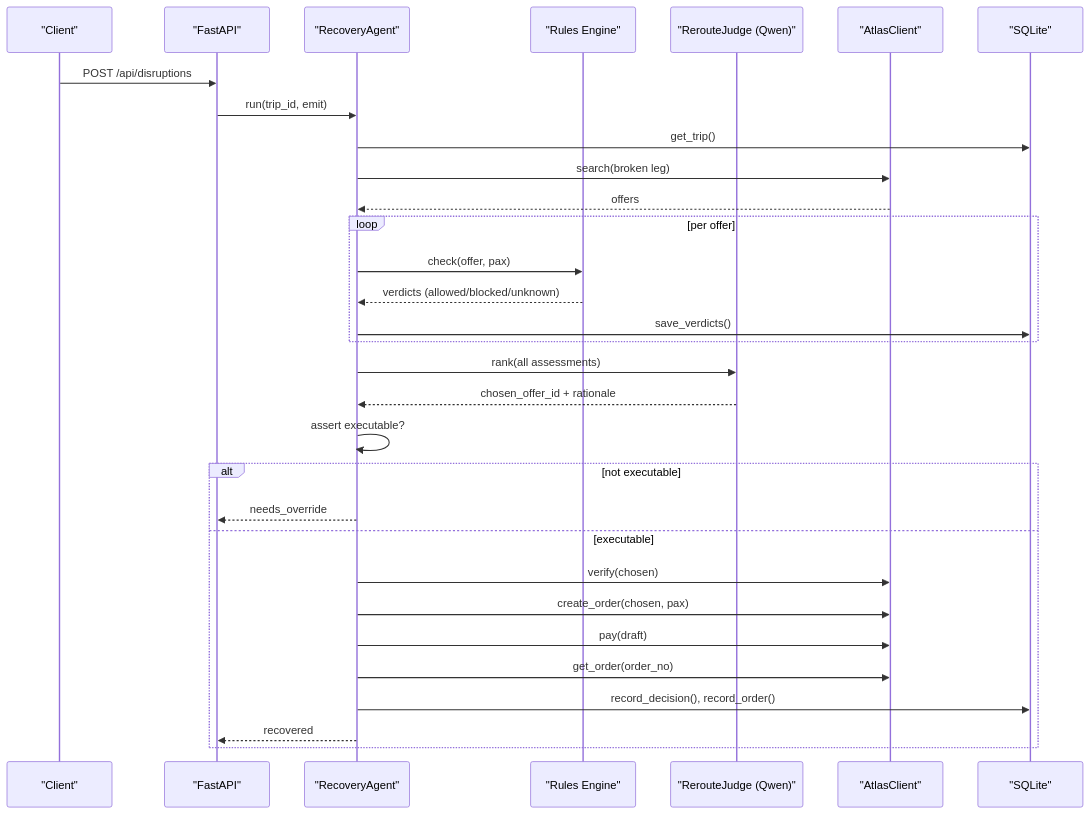
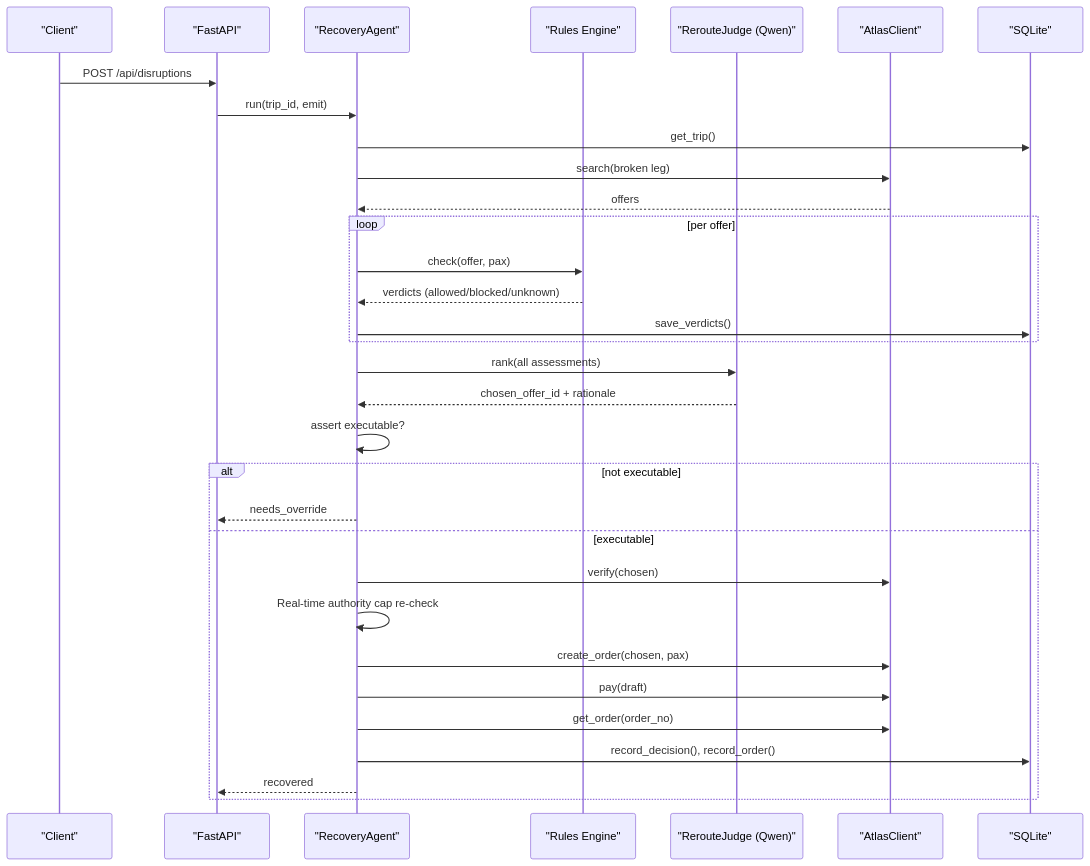
The second of 4 diagrams in .qoder/repowiki/en/content/Security & Safety/Security & Safety.md (jaydonnnk/waypoint), drawn with Mermaid before and after one commit. The commit also changed other lines of this file and 36 other files, not shown here.

````diff
--- a/.qoder/repowiki/en/content/Security & Safety/Security & Safety.md
+++ b/.qoder/repowiki/en/content/Security & Safety/Security & Safety.md
@@ -74,33 +88,34 @@
 ```mermaid
 sequenceDiagram
 participant Client as "Client"
 participant API as "FastAPI"
 participant Agent as "RecoveryAgent"
 participant Rules as "Rules Engine"
 participant Judge as "RerouteJudge (Qwen)"
 participant Atlas as "AtlasClient"
 participant DB as "SQLite"
 Client->>API : POST /api/disruptions
 API->>Agent : run(trip_id, emit)
 Agent->>DB : get_trip()
 Agent->>Atlas : search(broken leg)
 Atlas-->>Agent : offers
 loop per offer
 Agent->>Rules : check(offer, pax)
 Rules-->>Agent : verdicts (allowed/blocked/unknown)
 Agent->>DB : save_verdicts()
 end
 Agent->>Judge : rank(all assessments)
 Judge-->>Agent : chosen_offer_id + rationale
 Agent->>Agent : assert executable?
 alt not executable
 Agent-->>API : needs_override
 else executable
 Agent->>Atlas : verify(chosen)
+Agent->>Agent : Real-time authority cap re-check
 Agent->>Atlas : create_order(chosen, pax)
 Agent->>Atlas : pay(draft)
 Agent->>Atlas : get_order(order_no)
 Agent->>DB : record_decision(), record_order()
 Agent-->>API : recovered
 end
 ```
````
